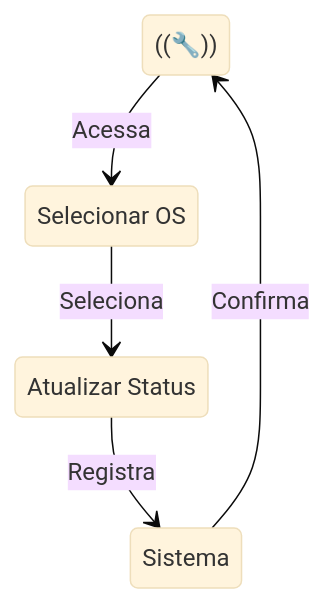
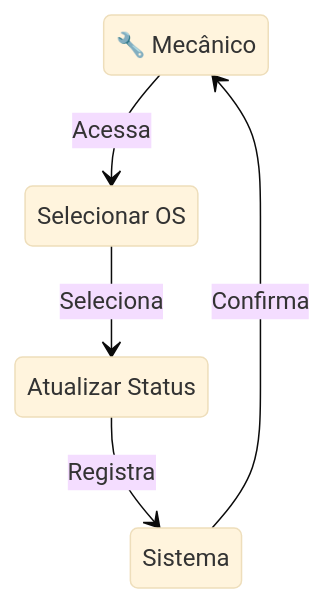
The ninth of 13 diagrams in casos_uso.md (marcus2703/sistema-ordem-servico-oficina), drawn with Mermaid (base theme) before and after one commit. The commit also changed other lines of this file, not shown here.

````diff
--- a/casos_uso.md
+++ b/casos_uso.md
@@ -265,12 +265,12 @@
 ```mermaid
 stateDiagram-v2
-    Mecanico: ((🔧))
+    Mecanico: 🔧 Mecânico
     Sistema: Sistema
     SelecionarOS: Selecionar OS
     AtualizarStatus: Atualizar Status
     
     Mecanico --> SelecionarOS: Acessa
     SelecionarOS --> AtualizarStatus: Seleciona
     AtualizarStatus --> Sistema: Registra
     Sistema --> Mecanico: Confirma
 ```
````
